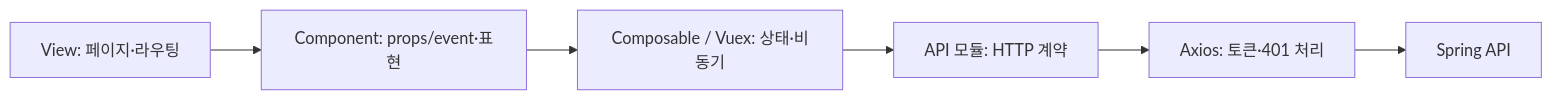
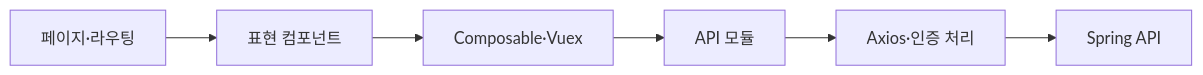
One commit to seungmin-park/dempfrontend changed the second of 2 diagrams in README.md. Above: the diagram before and after it, drawn with Mermaid. The commit also changed other lines of this file, not shown here.

Commit message:
docs: present frontend flows and UI decisions

````diff
--- a/README.md
+++ b/README.md
@@ -61,8 +56,8 @@
 ```mermaid
 flowchart LR
-  View[View: 페이지·라우팅] --> Component[Component: props/event·표현]
-  Component --> State[Composable / Vuex: 상태·비동기]
-  State --> API[API 모듈: HTTP 계약]
-  API --> Client[Axios: 토큰·401 처리]
-  Client --> Spring[Spring API]
+  V[페이지·라우팅] --> C[표현 컴포넌트]
+  C --> S[Composable·Vuex]
+  S --> A[API 모듈]
+  A --> H[Axios·인증 처리]
+  H --> B[Spring API]
 ```
````
